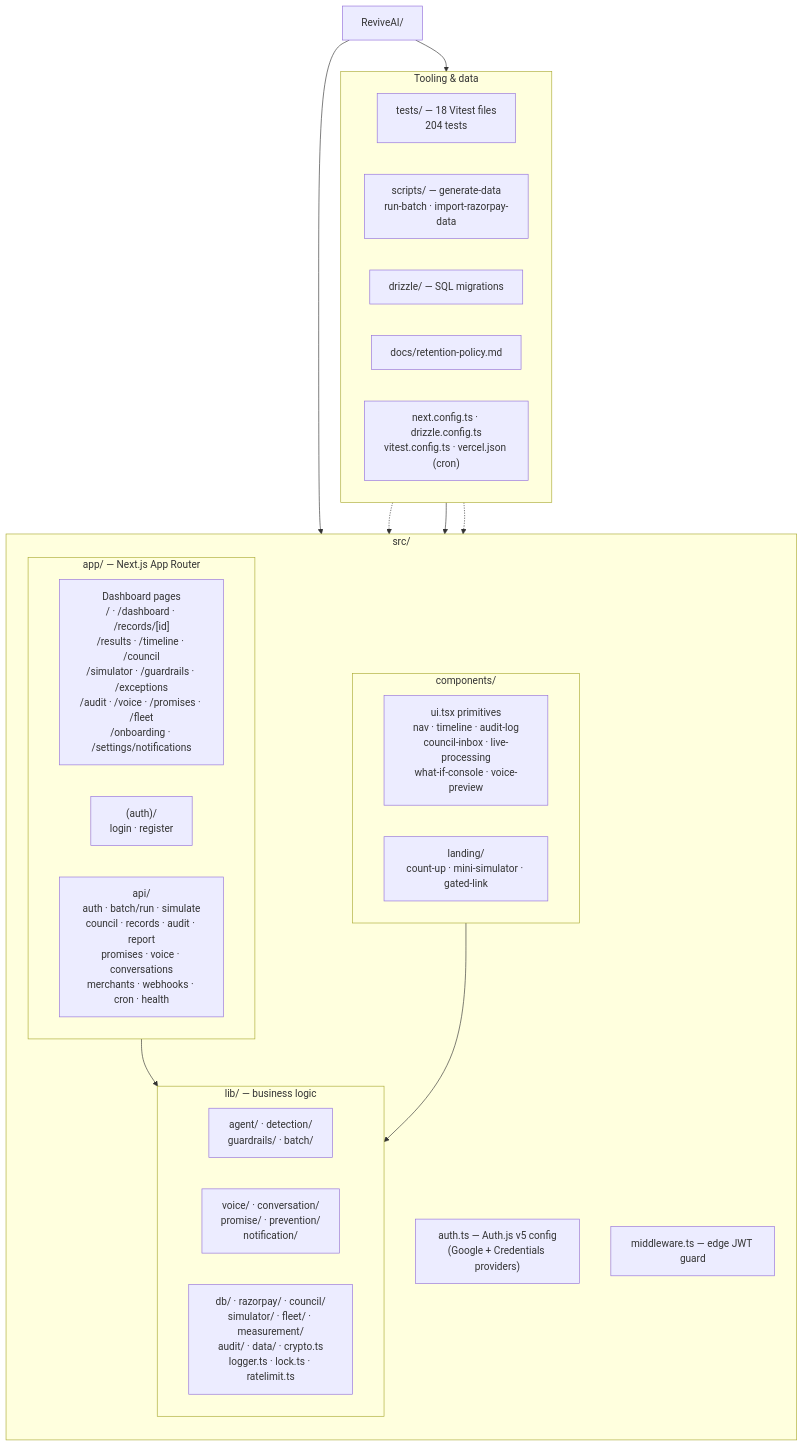
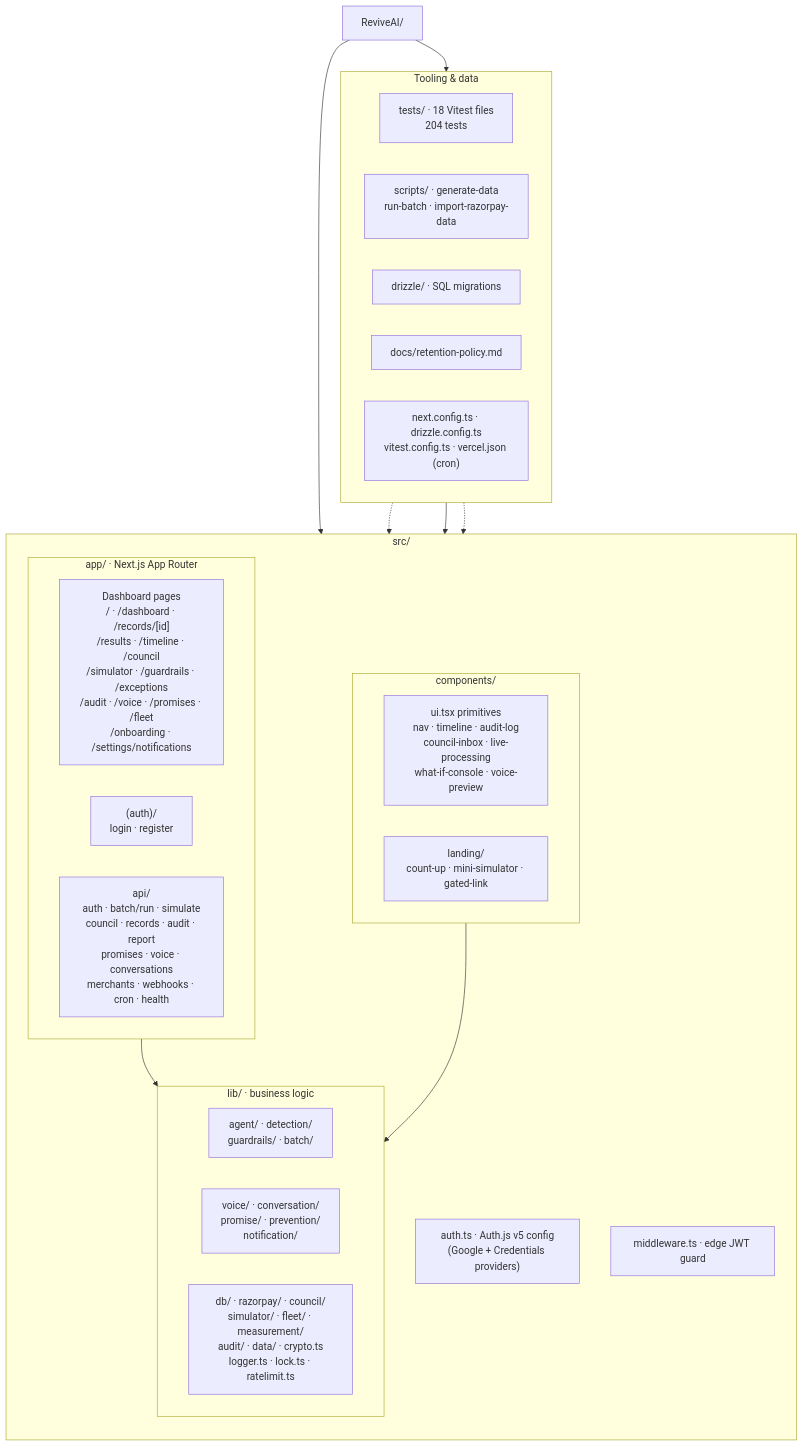
Before and after one commit to Samyra312007/ReviveAI: diagram 18 of 23 in README.md, drawn with Mermaid. The commit also changed other lines of this file, not shown here.

First line of the commit message:
docs: remove Roadmap section and drop all dash punctuation from README

````diff
--- a/README.md
+++ b/README.md
@@ -760,47 +759,47 @@
 ```mermaid
 flowchart TB
     ROOT["ReviveAI/"]
 
     subgraph SRC["src/"]
         direction TB
-        AUTHF["auth.ts — Auth.js v5 config<br/>(Google + Credentials providers)"]
-        MWF["middleware.ts — edge JWT guard"]
+        AUTHF["auth.ts · Auth.js v5 config<br/>(Google + Credentials providers)"]
+        MWF["middleware.ts · edge JWT guard"]
 
-        subgraph APPDIR["app/ — Next.js App Router"]
+        subgraph APPDIR["app/ · Next.js App Router"]
             direction LR
             PAGES["Dashboard pages<br/>/ · /dashboard · /records/[id]<br/>/results · /timeline · /council<br/>/simulator · /guardrails · /exceptions<br/>/audit · /voice · /promises · /fleet<br/>/onboarding · /settings/notifications"]
             AUTHPAGES["(auth)/<br/>login · register"]
             API["api/<br/>auth · batch/run · simulate<br/>council · records · audit · report<br/>promises · voice · conversations<br/>merchants · webhooks · cron · health"]
         end
 
         subgraph COMPDIR["components/"]
             direction LR
             UI["ui.tsx primitives<br/>nav · timeline · audit-log<br/>council-inbox · live-processing<br/>what-if-console · voice-preview"]
             LANDING["landing/<br/>count-up · mini-simulator · gated-link"]
         end
 
-        subgraph LIBDIR["lib/ — business logic"]
+        subgraph LIBDIR["lib/ · business logic"]
             direction LR
             PIPELINE["agent/ · detection/<br/>guardrails/ · batch/"]
             CHANNELS["voice/ · conversation/<br/>promise/ · prevention/<br/>notification/"]
             PLATFORM["db/ · razorpay/ · council/<br/>simulator/ · fleet/ · measurement/<br/>audit/ · data/ · crypto.ts<br/>logger.ts · lock.ts · ratelimit.ts"]
         end
     end
 
     subgraph SUPPORT["Tooling & data"]
         direction LR
-        TESTS["tests/ — 18 Vitest files<br/>204 tests"]
-        SCRIPTS["scripts/ — generate-data<br/>run-batch · import-razorpay-data"]
-        MIGR["drizzle/ — SQL migrations"]
+        TESTS["tests/ · 18 Vitest files<br/>204 tests"]
+        SCRIPTS["scripts/ · generate-data<br/>run-batch · import-razorpay-data"]
+        MIGR["drizzle/ · SQL migrations"]
         DOCS["docs/retention-policy.md"]
         CONFIG["next.config.ts · drizzle.config.ts<br/>vitest.config.ts · vercel.json (cron)"]
     end
 
     ROOT --> SRC
     ROOT --> SUPPORT
     APPDIR --> LIBDIR
     COMPDIR --> LIBDIR
     TESTS -.-> LIBDIR
     SCRIPTS --> LIBDIR
     MIGR -.-> LIBDIR
 ```
````
